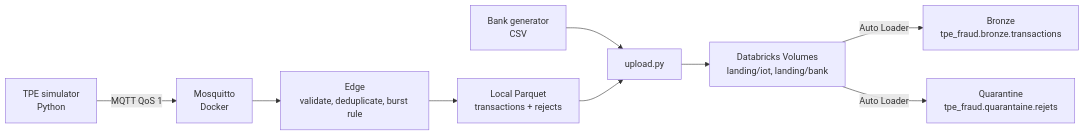
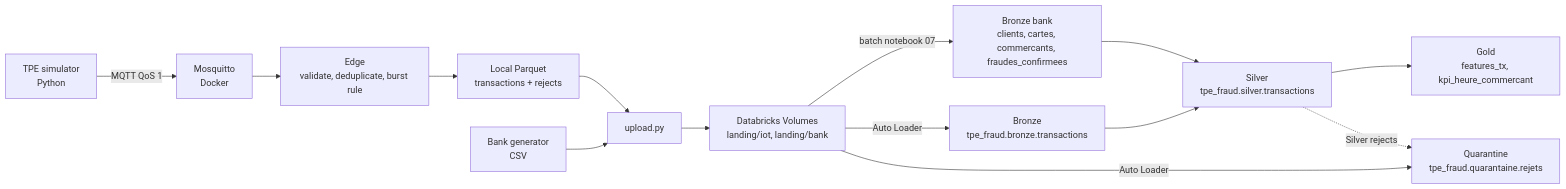
One commit to Saadiaboussiar/tpe-fraud-detection changed the diagram in README.md. Above: the diagram before and after it, drawn with Mermaid. The commit also changed other lines of this file and 1 other file, not shown here.

````diff
--- a/README.md
+++ b/README.md
@@ -18,11 +18,16 @@
 ```mermaid
 flowchart LR
     SIM[TPE simulator<br/>Python] -->|MQTT QoS 1| MQ[Mosquitto<br/>Docker]
     MQ --> EDGE[Edge<br/>validate, deduplicate, burst rule]
     EDGE --> PQ[Local Parquet<br/>transactions + rejects]
     GEN[Bank generator<br/>CSV] --> UP
     PQ --> UP[upload.py]
     UP --> VOL[Databricks Volumes<br/>landing/iot, landing/bank]
     VOL -->|Auto Loader| BR[Bronze<br/>tpe_fraud.bronze.transactions]
     VOL -->|Auto Loader| Q[Quarantine<br/>tpe_fraud.quarantaine.rejets]
+    VOL -->|batch notebook 07| BB[Bronze bank<br/>clients, cartes, commercants, fraudes_confirmees]
+    BR --> SIL[Silver<br/>tpe_fraud.silver.transactions]
+    BB --> SIL
+    SIL --> GOLD[Gold<br/>features_tx, kpi_heure_commercant]
+    SIL -.->|Silver rejects| Q
 ```
````
